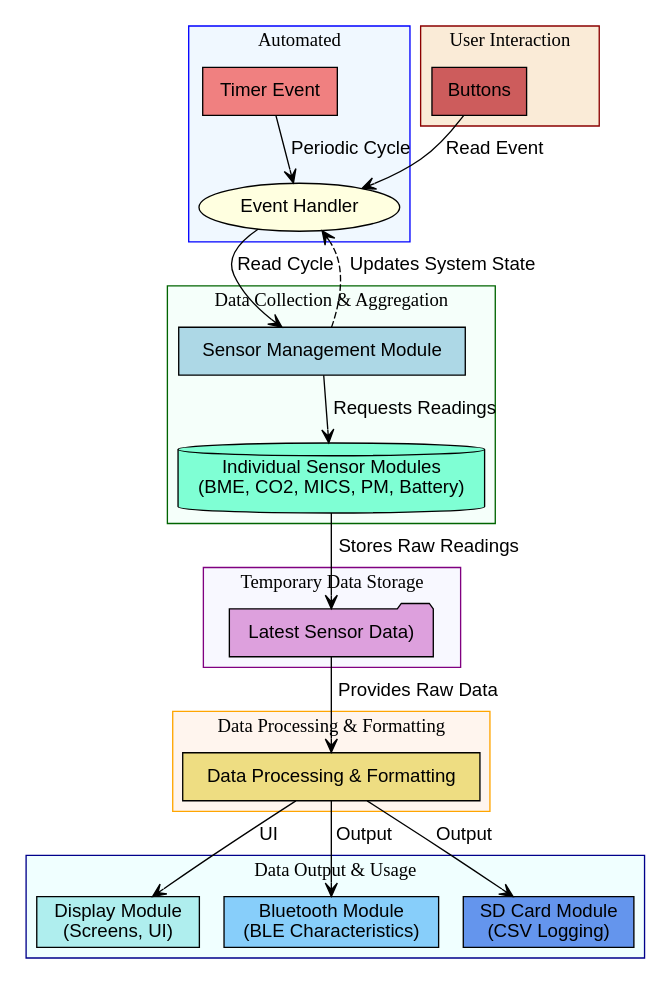
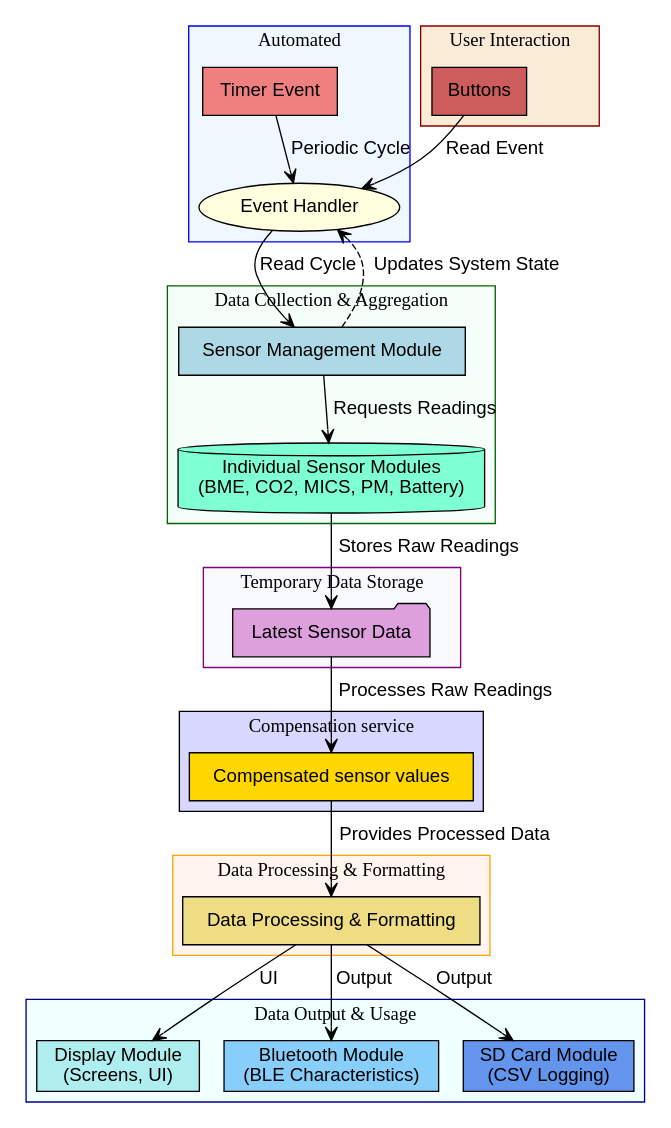
The diagram in docs/diagrams/cityairq_sensor_pipeline.dot (Pollution-tracking/EnvSensor-firmware), drawn with Graphviz before and after one commit. The commit also changed 26 other files, not shown here.

Commit message:
add diagrams

```diff
--- a/docs/diagrams/cityairq_sensor_pipeline.dot
+++ b/docs/diagrams/cityairq_sensor_pipeline.dot
@@ -1,83 +1,94 @@
 digraph SensorDataPipeline_SimplifiedFurther {
     rankdir=TB; // Top to bottom layout
     node [shape=box, style=filled, fontname="Helvetica"];
     edge [fontname="Helvetica", arrowhead=vee];
 
     // Clusters for logical grouping
     subgraph cluster_initiation {
         label = "Automated";
         color=blue;
         style=filled;
         fillcolor="#F0F8FF"; // AliceBlue
 
         TimerEvent [label="Timer Event", fillcolor="lightcoral"];
         MainOrchestrator [label="Event Handler", shape=ellipse, fillcolor="lightyellow"];
 
         TimerEvent -> MainOrchestrator [label="Periodic Cycle"];
     }
 
     subgraph cluster_collection {
         label = "Data Collection & Aggregation";
         color=darkgreen;
         style=filled;
         fillcolor="#F5FFFA"; // MintCream
 
         SensorManagement [label="Sensor Management Module", fillcolor="lightblue"];
         IndividualSensors [label="Individual Sensor Modules\n(BME, CO2, MICS, PM, Battery)", shape=cylinder, fillcolor="aquamarine"];
 
         MainOrchestrator -> SensorManagement [label="Read Cycle"];
         SensorManagement -> IndividualSensors [label="Requests Readings"];
     }
 
     subgraph cluster_storage {
         label = "Temporary Data Storage";
         color=purple;
         style=filled;
         fillcolor="#F8F8FF"; // GhostWhite
 
-        LatestSensorData [label="Latest Sensor Data)", shape=folder, fillcolor="plum"];
+        LatestSensorData [label="Latest Sensor Data", shape=folder, fillcolor="plum"];
 
         IndividualSensors -> LatestSensorData [label="Stores Raw Readings"];
+    }
+    
+    subgraph cluster_compensation {
+        label = "Compensation service";
+        color=darkpurple;
+        style=filled;
+        fillcolor="#D8D8FF"; // GhostWhite
+
+        CompensatedSensorData [label="Compensated sensor values", shape=rectangle, fillcolor="gold"];
+
+        LatestSensorData -> CompensatedSensorData [label="Processes Raw Readings"];
     }
 
     subgraph cluster_processing {
         label = "Data Processing & Formatting";
         color=orange;
         style=filled;
         fillcolor="#FFF5EE"; // Seashell
 
         DataProcessingModule [label="Data Processing & Formatting", fillcolor="lightgoldenrod"];
     }
 
     subgraph cluster_output {
         label = "Data Output & Usage";
         color=darkblue;
         style=filled;
         fillcolor="#F0FFFF"; // Azure
 
         DisplayModule [label="Display Module\n(Screens, UI)", fillcolor="paleturquoise"];
         BluetoothModule [label="Bluetooth Module\n(BLE Characteristics)", fillcolor="lightskyblue"];
         SDCardModule [label="SD Card Module\n(CSV Logging)", fillcolor="cornflowerblue"];
 
         DataProcessingModule -> DisplayModule [label="UI"];
         DataProcessingModule -> {BluetoothModule, SDCardModule} [label="Output"];
     }
 
     // Connections between clusters
-    LatestSensorData -> DataProcessingModule [label="Provides Raw Data"];
+    CompensatedSensorData -> DataProcessingModule [label="Provides Processed Data"];
 
     // User Interaction (async)
     subgraph cluster_user_interaction {
         label = "User Interaction";
         color=darkred;
         style=filled;
         fillcolor="#FAEBD7"; // AntiqueWhite
         
         UserInput [label="Buttons", fillcolor="indianred"];
         
         UserInput -> MainOrchestrator [label="Read Event"];
     }
     
     // Asynchronous control flow related to sensors and data
     SensorManagement -> MainOrchestrator [label="Updates System State", style=dashed];
 }
```
